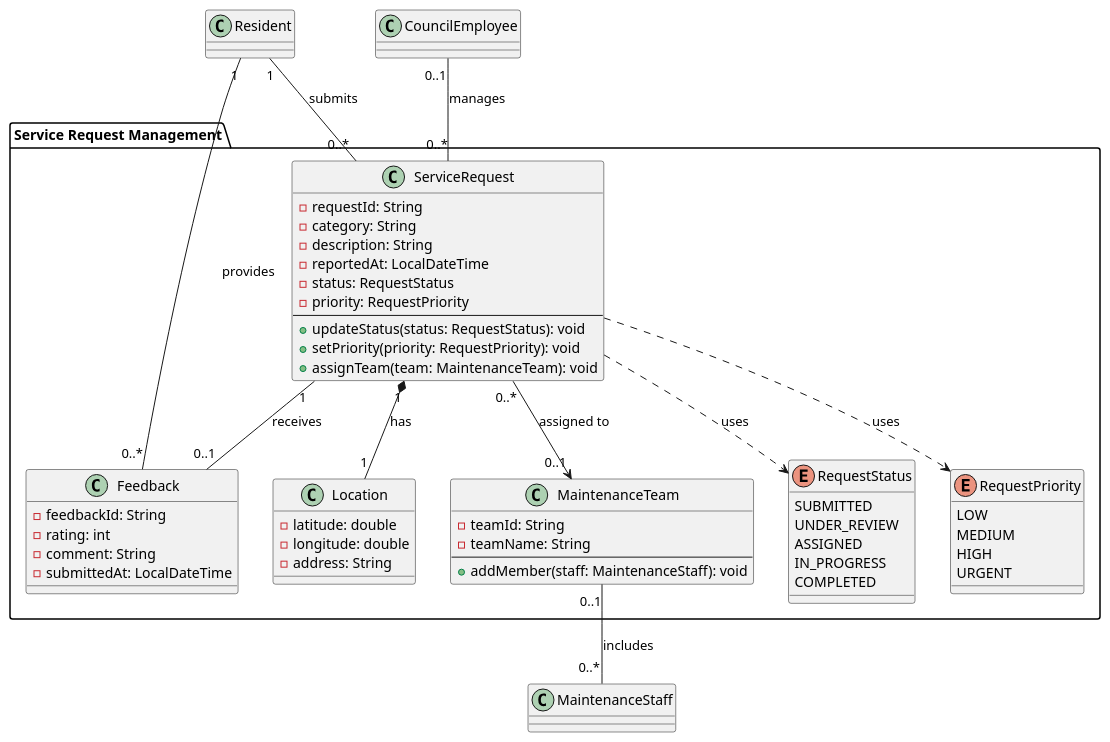
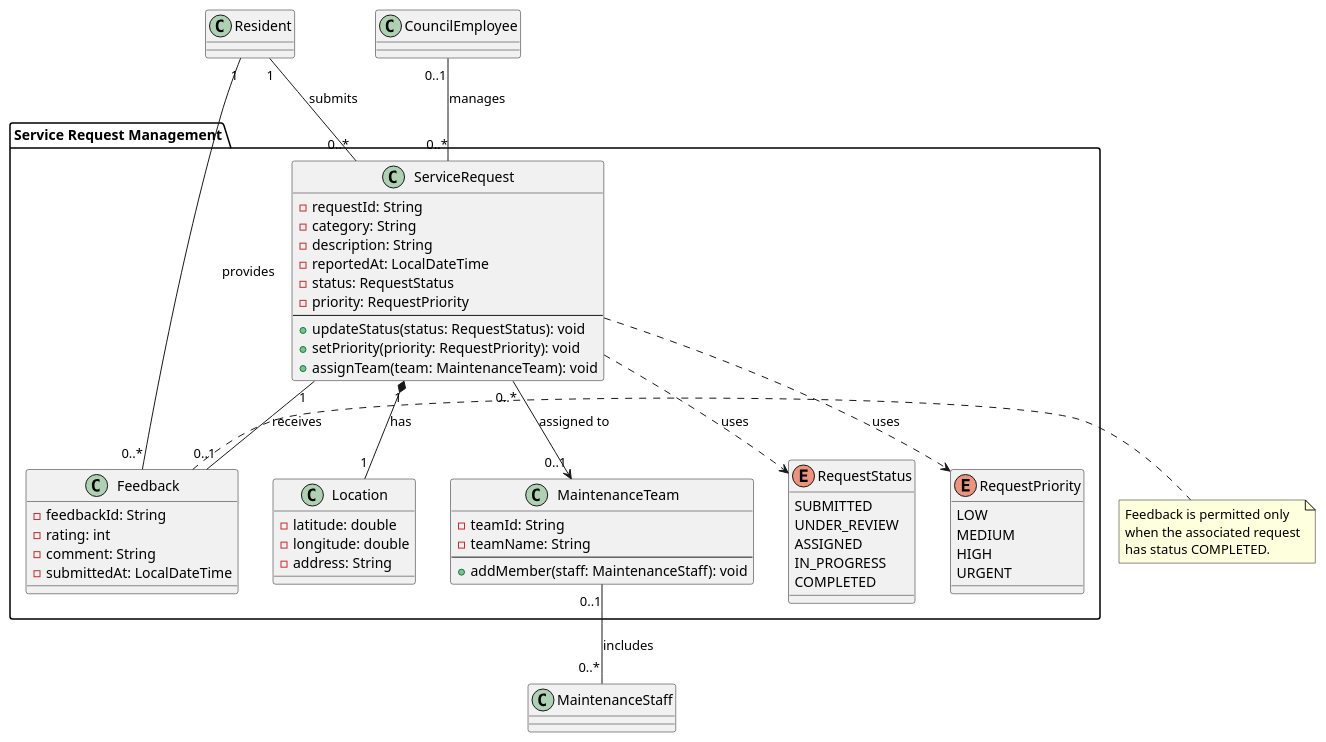
The diagram in docs/uml/modules/service-request.puml (gg-sajanbasnet/ICT602-MEL_S2_2026-1), drawn with PlantUML before and after one commit. The commit also changed 3 other files, not shown here.

Commit message:
docs(uml): separate domain classes from integration services

```diff
--- a/docs/uml/modules/service-request.puml
+++ b/docs/uml/modules/service-request.puml
@@ -1,73 +1,79 @@
 
 ' =========================================
 ' SERVICE REQUEST MANAGEMENT MODULE
 ' =========================================
 
 package "Service Request Management" {
+
 
   class ServiceRequest {
     - requestId: String
     - category: String
     - description: String
     - reportedAt: LocalDateTime
     - status: RequestStatus
     - priority: RequestPriority
     --
     + updateStatus(status: RequestStatus): void
     + setPriority(priority: RequestPriority): void
     + assignTeam(team: MaintenanceTeam): void
   }
 
   class Location {
     - latitude: double
     - longitude: double
     - address: String
   }
 
   class MaintenanceTeam {
     - teamId: String
     - teamName: String
     --
     + addMember(staff: MaintenanceStaff): void
   }
 
   class Feedback {
     - feedbackId: String
     - rating: int
     - comment: String
     - submittedAt: LocalDateTime
   }
 
   enum RequestStatus {
     SUBMITTED
     UNDER_REVIEW
     ASSIGNED
     IN_PROGRESS
     COMPLETED
   }
 
   enum RequestPriority {
     LOW
     MEDIUM
     HIGH
     URGENT
   }
 }
 
+note right of Feedback
+  Feedback is permitted only
+  when the associated request
+  has status COMPLETED.
+end note
 ' =========================================
 ' SERVICE REQUEST RELATIONSHIPS
 ' =========================================
 
 Resident "1" -- "0..*" ServiceRequest : submits
 Resident "1" -- "0..*" Feedback : provides
 
 ServiceRequest "1" *-- "1" Location : has
 ServiceRequest "0..*" --> "0..1" MaintenanceTeam : assigned to
 ServiceRequest "1" -- "0..1" Feedback : receives
 
 MaintenanceTeam "0..1" -- "0..*" MaintenanceStaff : includes
 
 CouncilEmployee "0..1" -- "0..*" ServiceRequest : manages
 
 ServiceRequest ..> RequestStatus : uses
 ServiceRequest ..> RequestPriority : uses
```
